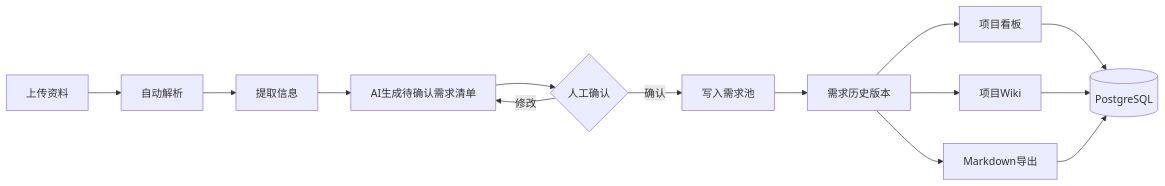
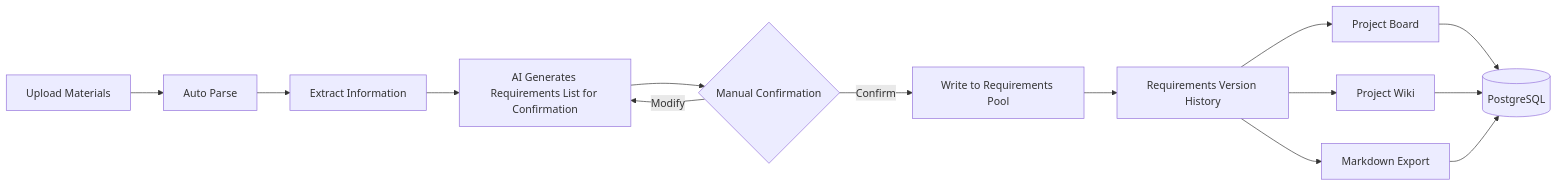
The diagram in README.md (zy030407/requirements-change-dashboard), drawn with Mermaid before and after one commit. The commit also changed other lines of this file, not shown here.

````diff
--- a/README.md
+++ b/README.md
@@ -24,16 +24,16 @@
 ```mermaid
 flowchart LR
-    A[上传资料] --> B[自动解析]
-    B --> C[提取信息]
-    C --> D[AI生成待确认需求清单]
-    D --> E{人工确认}
-    E -->|确认| F[写入需求池]
-    E -->|修改| D
-    F --> G[需求历史版本]
-    G --> H[项目看板]
-    G --> I[项目Wiki]
-    G --> J[Markdown导出]
+    A[Upload Materials] --> B[Auto Parse]
+    B --> C[Extract Information]
+    C --> D[AI Generates Requirements List for Confirmation]
+    D --> E{Manual Confirmation}
+    E -->|Confirm| F[Write to Requirements Pool]
+    E -->|Modify| D
+    F --> G[Requirements Version History]
+    G --> H[Project Board]
+    G --> I[Project Wiki]
+    G --> J[Markdown Export]
     H --> K[(PostgreSQL)]
     I --> K
     J --> K
 ```
````
